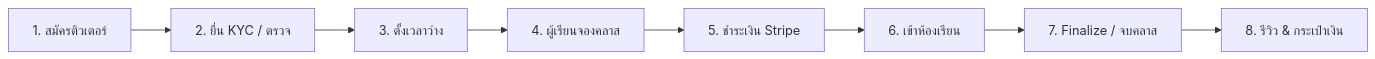
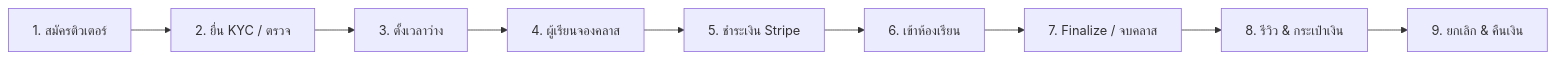
One commit to jatupolman3CS/siri_upskill_ui changed the diagram in docs/runbooks/tutoring-go-live.md. Above: the diagram before and after it, drawn with Mermaid. The commit also changed other lines of this file and 26 other files, not shown here.

````diff
--- a/docs/runbooks/tutoring-go-live.md
+++ b/docs/runbooks/tutoring-go-live.md
@@ -202,10 +334,11 @@
 ```mermaid
 flowchart LR
     A[1. สมัครติวเตอร์] --> B[2. ยื่น KYC / ตรวจ]
     B --> C[3. ตั้งเวลาว่าง]
     C --> D[4. ผู้เรียนจองคลาส]
     D --> E[5. ชำระเงิน Stripe]
     E --> F[6. เข้าห้องเรียน]
     F --> G[7. Finalize / จบคลาส]
     G --> H[8. รีวิว & กระเป๋าเงิน]
+    H --> I[9. ยกเลิก & คืนเงิน]
 ```
````
